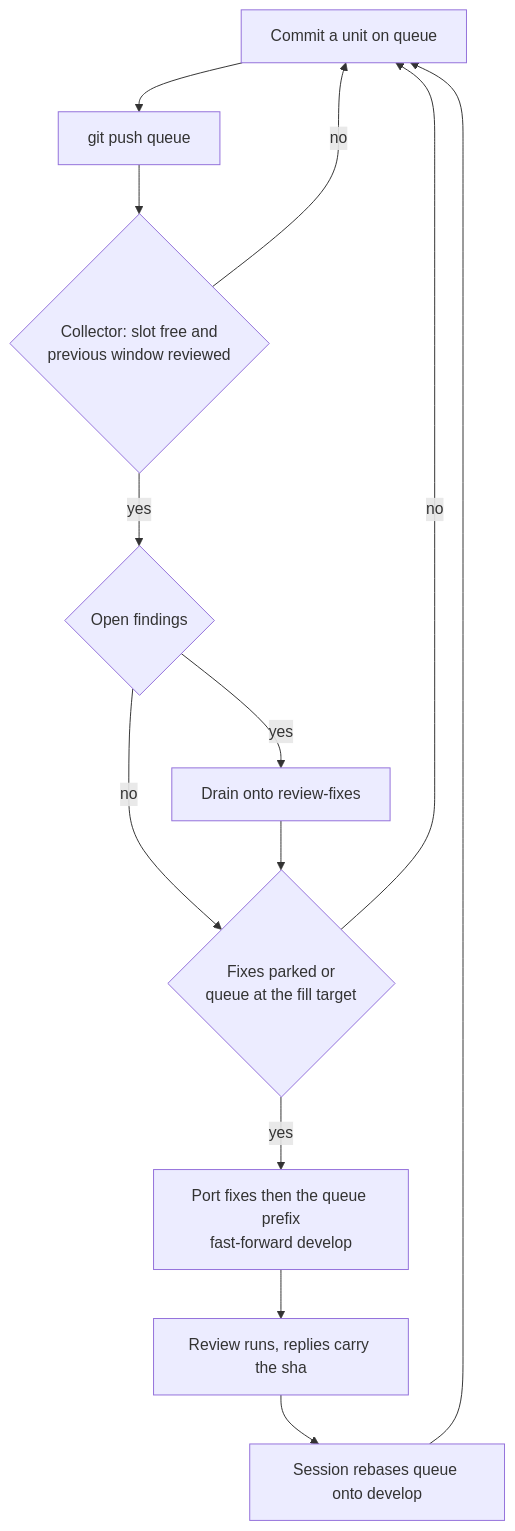
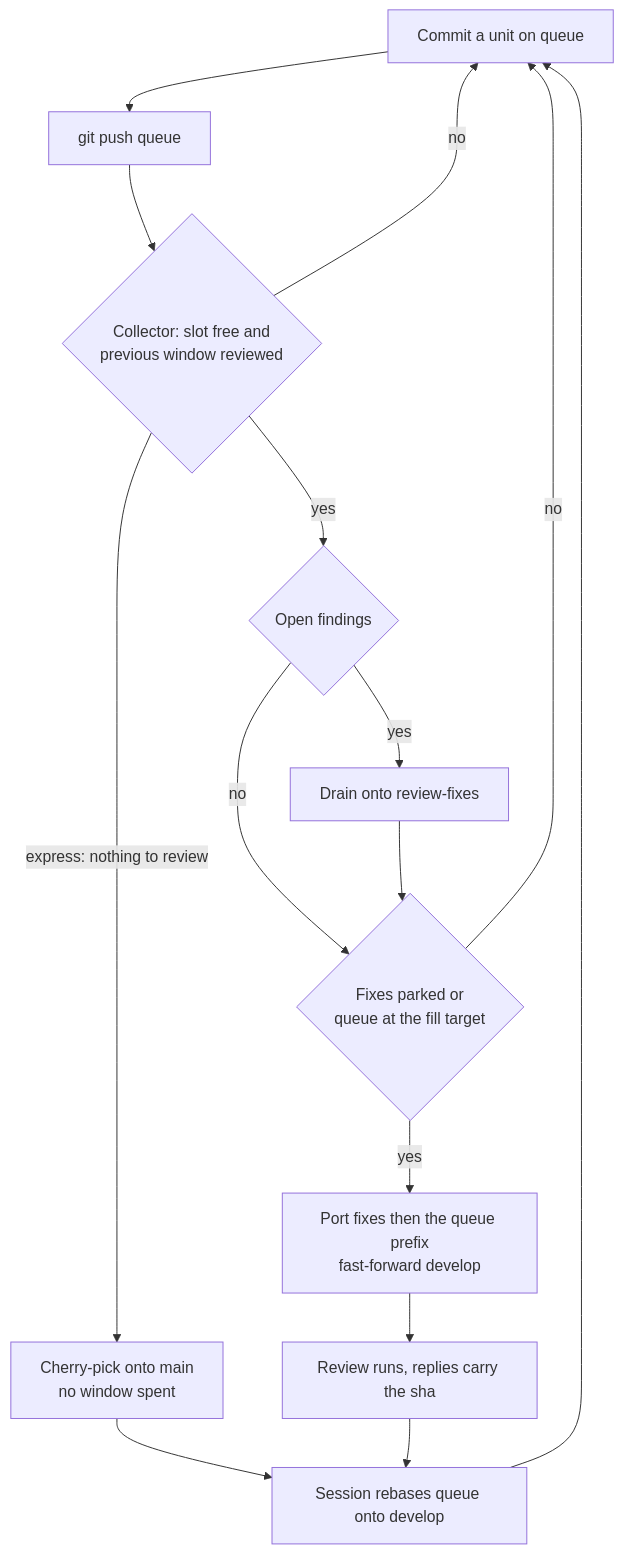
One commit to Esposter/Esposter changed the diagram in .agents/skills/coderabbit/references/pipelining.md. Above: the diagram before and after it, drawn with Mermaid. The commit also changed other lines of this file and 8 other files, not shown here.

First line of the commit message:
docs(review-collector): the express lane, and the commit composition that feeds it

````diff
--- a/.agents/skills/coderabbit/references/pipelining.md
+++ b/.agents/skills/coderabbit/references/pipelining.md
@@ -42,15 +54,17 @@
 ```mermaid
 flowchart TD
   U[Commit a unit on queue] --> P[git push queue]
   P --> C{Collector: slot free and<br/>previous window reviewed}
   C -->|no| U
   C -->|yes| F{Open findings}
   F -->|yes| DR[Drain onto review-fixes]
   F -->|no| W
   DR --> W{Fixes parked or<br/>queue at the fill target}
   W -->|no| U
   W -->|yes| PU[Port fixes then the queue prefix<br/>fast-forward develop]
   PU --> R[Review runs, replies carry the sha]
+  C -->|express: nothing to review| MX[Cherry-pick onto main<br/>no window spent]
+  MX --> S
   R --> S[Session rebases queue onto develop]
   S --> U
 ```
````
